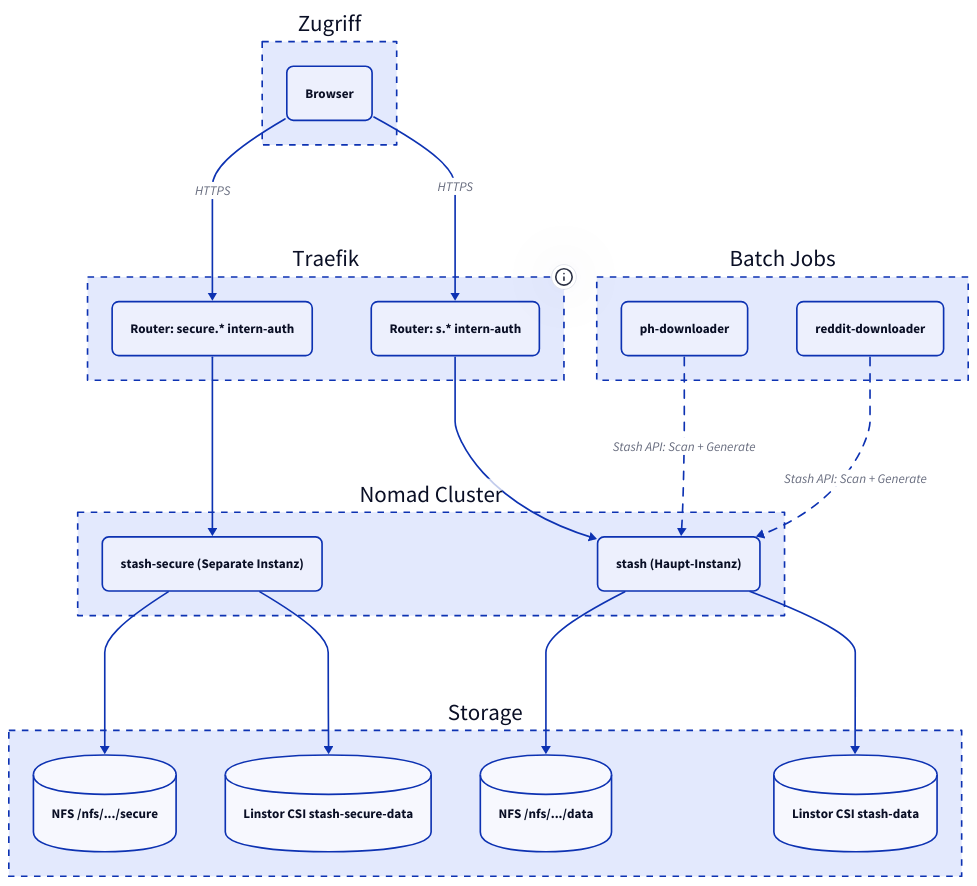
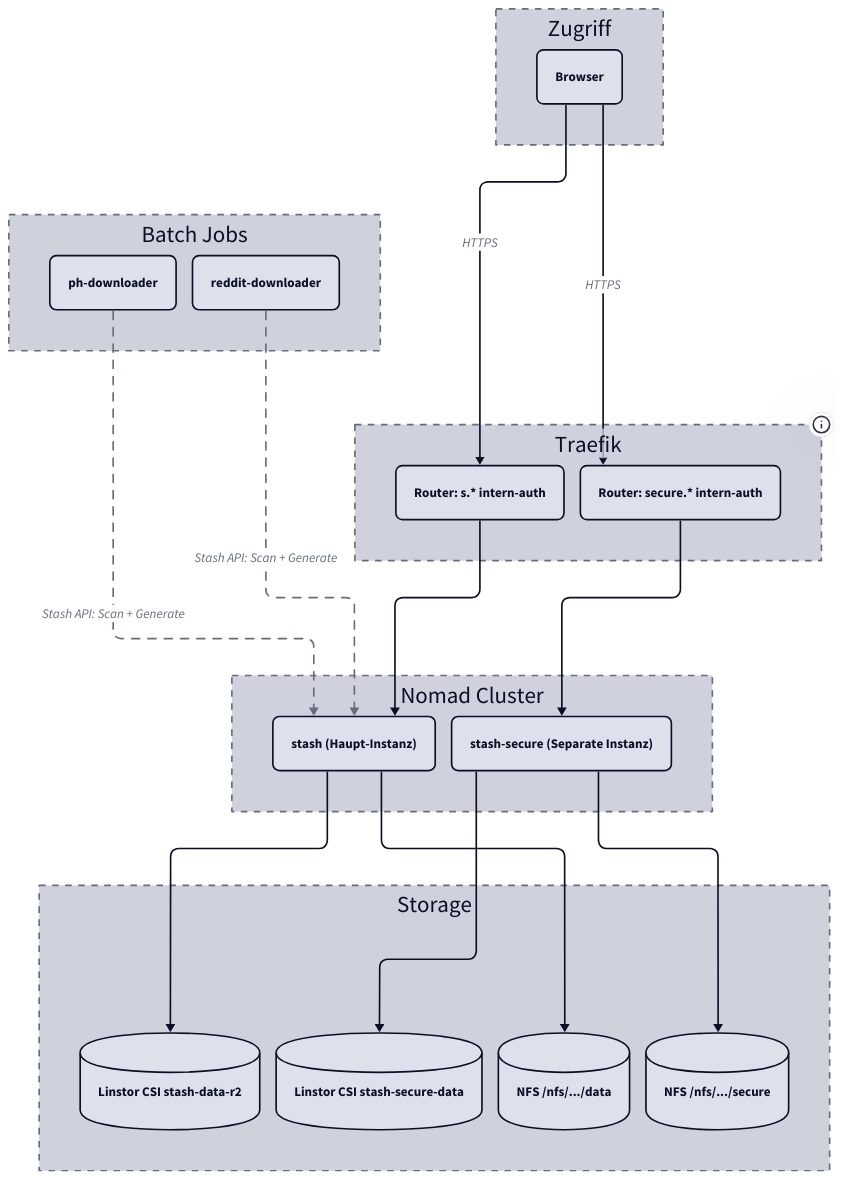
The diagram in docs/stash/index.md (derever-labs/homelab-wiki), drawn with D2 before and after one commit. The commit also changed other lines of this file and 109 other files, not shown here.

````diff
--- a/docs/stash/index.md
+++ b/docs/stash/index.md
@@ -39,46 +47,52 @@
 ```d2
+vars: {
+  d2-config: {
+    theme-id: 1
+    layout-engine: elk
+  }
+}
 direction: down
 
 Clients: Zugriff {
   style.stroke-dash: 4
   Browser: Browser { style.border-radius: 8 }
 }
 
 Traefik: Traefik {
   style.stroke-dash: 4
   tooltip: "10.0.2.20"
   R1: "Router: s.* intern-auth" { style.border-radius: 8 }
   R2: "Router: secure.* intern-auth" { style.border-radius: 8 }
 }
 
 Nomad: Nomad Cluster {
   style.stroke-dash: 4
   S1: "stash (Haupt-Instanz)" { style.border-radius: 8 }
   S2: "stash-secure (Separate Instanz)" { style.border-radius: 8 }
 }
 
 Storage: Storage {
   style.stroke-dash: 4
-  LCSI: "Linstor CSI stash-data" { shape: cylinder }
+  LCSI: "Linstor CSI stash-data-r2" { shape: cylinder }
   LCSI2: "Linstor CSI stash-secure-data" { shape: cylinder }
   NFS1: "NFS /nfs/.../data" { shape: cylinder }
   NFS2: "NFS /nfs/.../secure" { shape: cylinder }
 }
 
 Batch: Batch Jobs {
   style.stroke-dash: 4
   PH: ph-downloader { style.border-radius: 8 }
   RD: reddit-downloader { style.border-radius: 8 }
 }
 
 Clients.Browser -> Traefik.R1: HTTPS
 Clients.Browser -> Traefik.R2: HTTPS
 Traefik.R1 -> Nomad.S1
 Traefik.R2 -> Nomad.S2
 Nomad.S1 -> Storage.LCSI
 Nomad.S1 -> Storage.NFS1
 Nomad.S2 -> Storage.LCSI2
 Nomad.S2 -> Storage.NFS2
 Batch.PH -> Nomad.S1: "Stash API: Scan + Generate" { style.stroke-dash: 5 }
 Batch.RD -> Nomad.S1: "Stash API: Scan + Generate" { style.stroke-dash: 5 }
 ```
````
